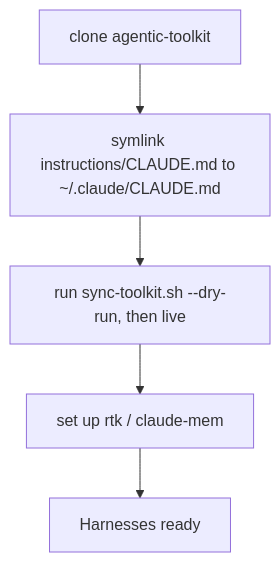
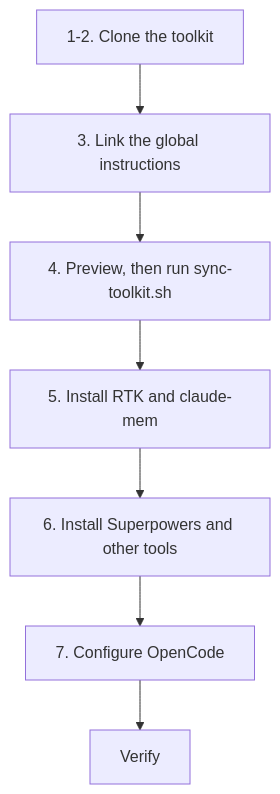
Before and after one commit to carlosboeing/agentic-toolkit: the diagram in guides/guide-new-machine-setup.md, drawn with Mermaid. The commit also changed other lines of this file and 43 other files, not shown here.

````diff
--- a/guides/guide-new-machine-setup.md
+++ b/guides/guide-new-machine-setup.md
@@ -16,7 +30,9 @@
 ```mermaid
-flowchart TD
-    A["clone agentic-toolkit"] --> B["symlink instructions/CLAUDE.md to ~/.claude/CLAUDE.md"]
-    B --> C["run sync-toolkit.sh --dry-run, then live"]
-    C --> D["set up rtk / claude-mem"]
-    D --> E["Harnesses ready"]
+flowchart TB
+    Clone["1-2. Clone the toolkit"] --> Instructions["3. Link the global instructions"]
+    Instructions --> Sync["4. Preview, then run sync-toolkit.sh"]
+    Sync --> Tools["5. Install RTK and claude-mem"]
+    Tools --> Plugins["6. Install Superpowers and other tools"]
+    Plugins --> OpenCode["7. Configure OpenCode"]
+    OpenCode --> Verify["Verify"]
 ```
````
